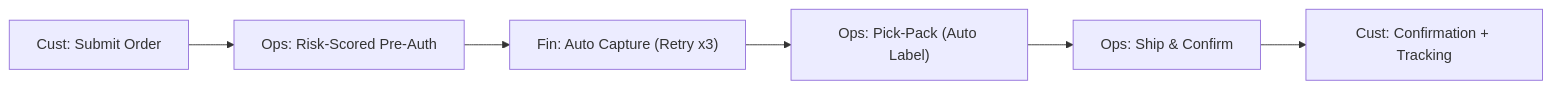
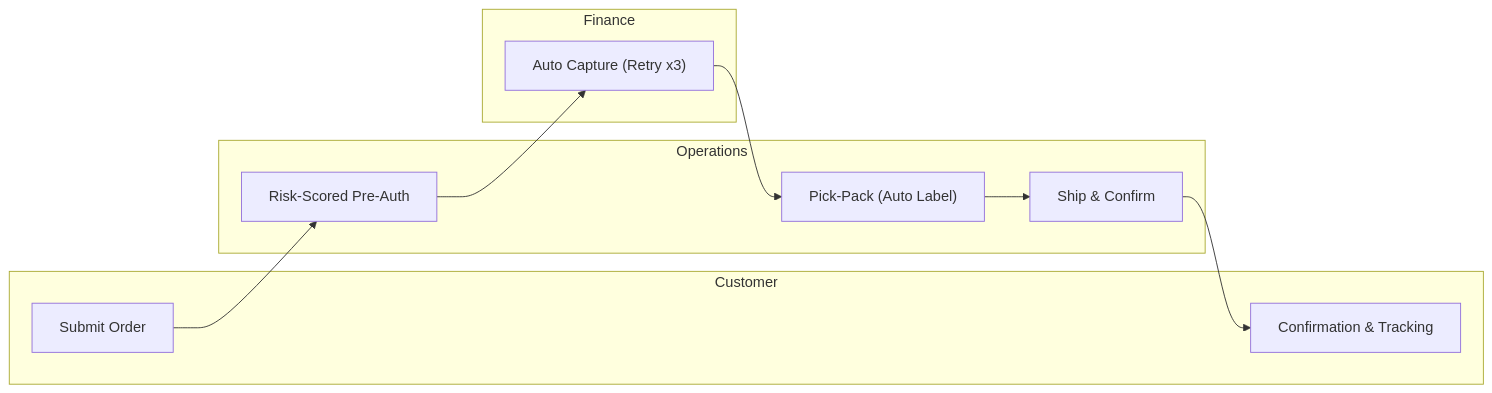
One commit to emcdo411/ai-ba-21day-accelerator changed the second of 3 diagrams in Day10/README.md. Above: the diagram before and after it, drawn with Mermaid.

````diff
--- a/Day10/README.md
+++ b/Day10/README.md
@@ -113,10 +113,21 @@
 ```mermaid
 flowchart LR
-  %% Target State - reduced handoffs, automation added
-  C1["Cust: Submit Order"] --> O1["Ops: Risk-Scored Pre-Auth"]
-  O1 --> F1["Fin: Auto Capture (Retry x3)"]
-  F1 --> O2["Ops: Pick-Pack (Auto Label)"]
-  O2 --> O3["Ops: Ship & Confirm"]
-  O3 --> C2["Cust: Confirmation + Tracking"]
+  subgraph Customer
+    C1["Submit Order"]
+    C2["Confirmation & Tracking"]
+  end
+
+  subgraph Operations
+    O1["Risk-Scored Pre-Auth"]
+    O2["Pick-Pack (Auto Label)"]
+    O3["Ship & Confirm"]
+  end
+
+  subgraph Finance
+    F1["Auto Capture (Retry x3)"]
+  end
+
+  C1 --> O1 --> F1 --> O2 --> O3 --> C2
+
 
 ```
````
